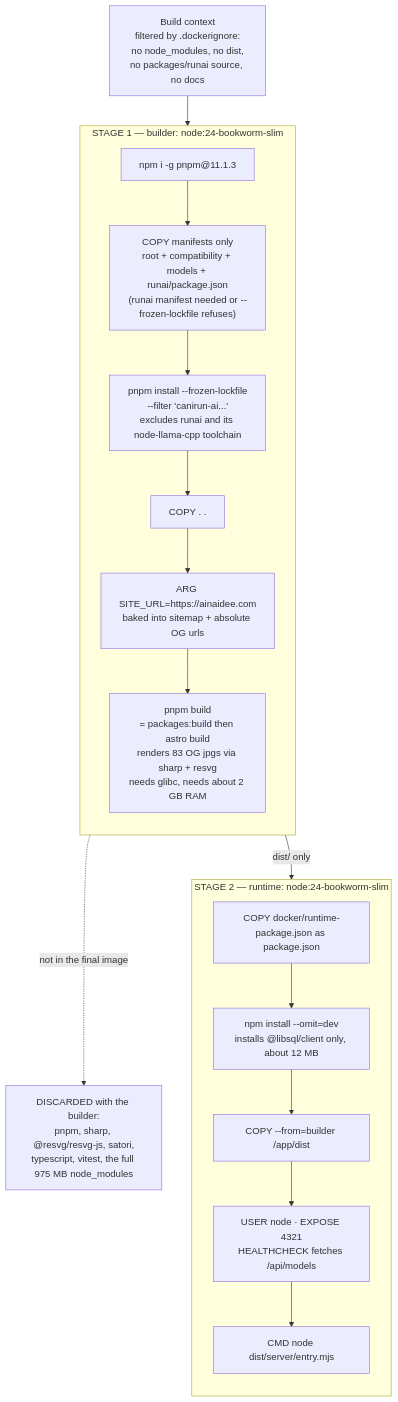
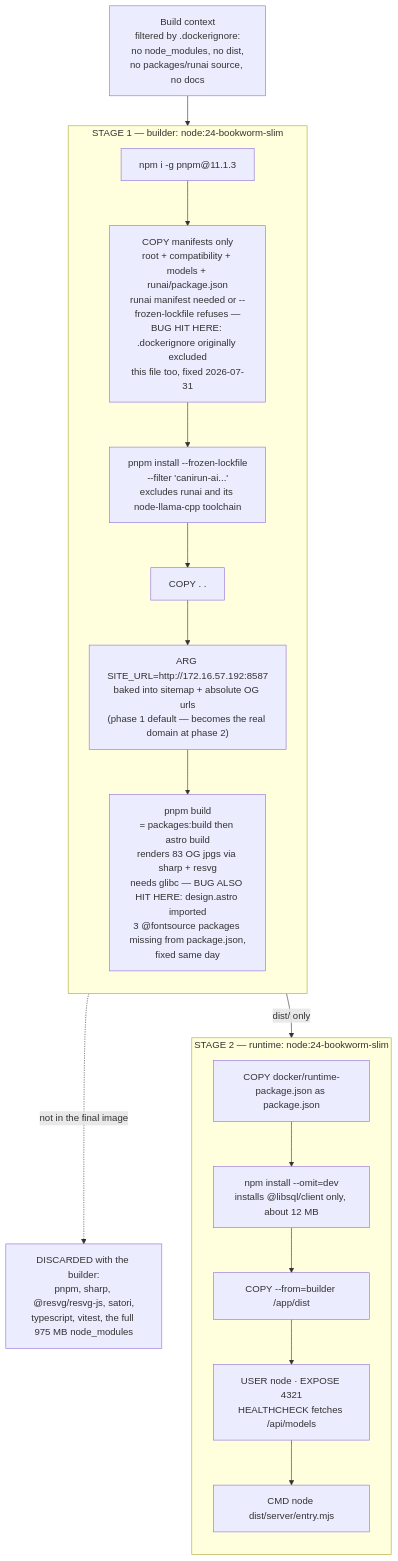
Before and after one commit to kovitking/AiNaiDee: the second of 5 diagrams in docs/deploy-architecture.md, drawn with Mermaid. The commit also changed other lines of this file and 13 other files, not shown here.

First line of the commit message:
feat(blog): scaffold headless Ghost + Astro blog, sync deploy docs to phase 1

````diff
--- a/docs/deploy-architecture.md
+++ b/docs/deploy-architecture.md
@@ -70,31 +88,31 @@
 ```mermaid
 flowchart TB
     ctx["Build context<br/>filtered by .dockerignore:<br/>no node_modules, no dist,<br/>no packages/runai source, no docs"]
 
     subgraph b["STAGE 1 — builder: node:24-bookworm-slim"]
         direction TB
         b1["npm i -g pnpm@11.1.3"]
-        b2["COPY manifests only<br/>root + compatibility + models + runai/package.json<br/>(runai manifest needed or --frozen-lockfile refuses)"]
+        b2["COPY manifests only<br/>root + compatibility + models + runai/package.json<br/>runai manifest needed or --frozen-lockfile refuses —<br/>BUG HIT HERE: .dockerignore originally excluded<br/>this file too, fixed 2026-07-31"]
         b3["pnpm install --frozen-lockfile<br/>--filter 'canirun-ai...'<br/>excludes runai and its node-llama-cpp toolchain"]
         b4["COPY . ."]
-        b5["ARG SITE_URL=https://ainaidee.com<br/>baked into sitemap + absolute OG urls"]
-        b6["pnpm build<br/>= packages:build then astro build<br/>renders 83 OG jpgs via sharp + resvg<br/>needs glibc, needs about 2 GB RAM"]
+        b5["ARG SITE_URL=http://172.16.57.192:8587<br/>baked into sitemap + absolute OG urls<br/>(phase 1 default — becomes the real domain at phase 2)"]
+        b6["pnpm build<br/>= packages:build then astro build<br/>renders 83 OG jpgs via sharp + resvg<br/>needs glibc — BUG ALSO HIT HERE: design.astro imported<br/>3 @fontsource packages missing from package.json,<br/>fixed same day"]
         b1 --> b2 --> b3 --> b4 --> b5 --> b6
     end
 
     subgraph r["STAGE 2 — runtime: node:24-bookworm-slim"]
         direction TB
         r1["COPY docker/runtime-package.json as package.json"]
         r2["npm install --omit=dev<br/>installs @libsql/client only, about 12 MB"]
         r3["COPY --from=builder /app/dist"]
         r4["USER node · EXPOSE 4321<br/>HEALTHCHECK fetches /api/models"]
         r5["CMD node dist/server/entry.mjs"]
         r1 --> r2 --> r3 --> r4 --> r5
     end
 
     disc["DISCARDED with the builder:<br/>pnpm, sharp, @resvg/resvg-js, satori,<br/>typescript, vitest, the full 975 MB node_modules"]
 
     ctx --> b
     b6 -->|"dist/ only"| r3
     b -.->|"not in the final image"| disc
 ```
````
